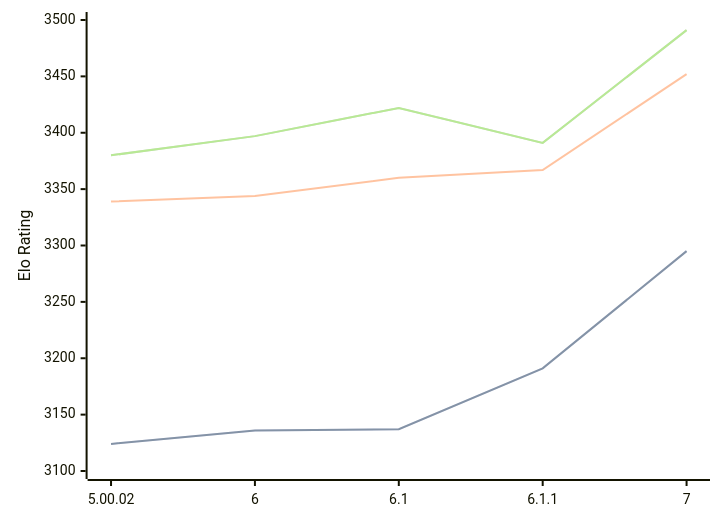
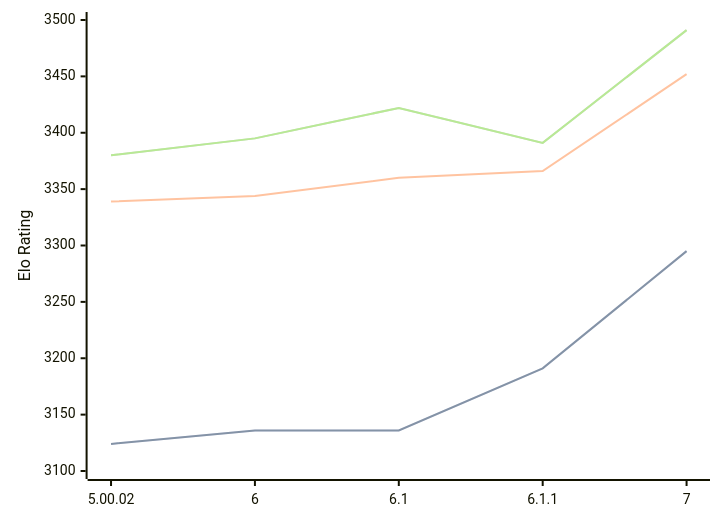
The diagram in engines/Zangdar.md (computer-chess-index/cci), drawn with Mermaid before and after one commit. The commit also changed other lines of this file, not shown here.

Commit message:
Update CCI Ratings (ELO VLTC) - 2026-07-27

````diff
--- a/engines/Zangdar.md
+++ b/engines/Zangdar.md
@@ -47,11 +47,11 @@
 ```mermaid
 %%{init: {"theme":"base","themeVariables":{"seriesColors:['#a3a3a3','#222221','#faa371']}}}%%
 xychart-beta
   x-axis ["5.00.02", "6", "6.1", "6.1.1", "7"]
   y-axis "Elo Rating" 3100 --> 3500
-  line "STC (8.0+0.08s)" [3124, 3136, 3137, 3191, 3295]
-  line "STC (8.0+0.08s)" [3124, 3136, 3137, 3191, 3295]
-  line "LTC (60.0+0.60s)" [3339, 3344, 3360, 3367, 3452]
-  line "VLTC (2m24s+1.12s)" [3380, 3397, 3422, 3391, 3491]
-  line "VLTC (2m24s+1.12s)" [3380, 3397, 3422, 3391, 3491]
+  line "STC (8.0+0.08s)" [3124, 3136, 3136, 3191, 3295]
+  line "STC (8.0+0.08s)" [3124, 3136, 3136, 3191, 3295]
+  line "LTC (60.0+0.60s)" [3339, 3344, 3360, 3366, 3452]
+  line "VLTC (2m24s+1.12s)" [3380, 3395, 3422, 3391, 3491]
+  line "VLTC (2m24s+1.12s)" [3380, 3395, 3422, 3391, 3491]
 ```
````
